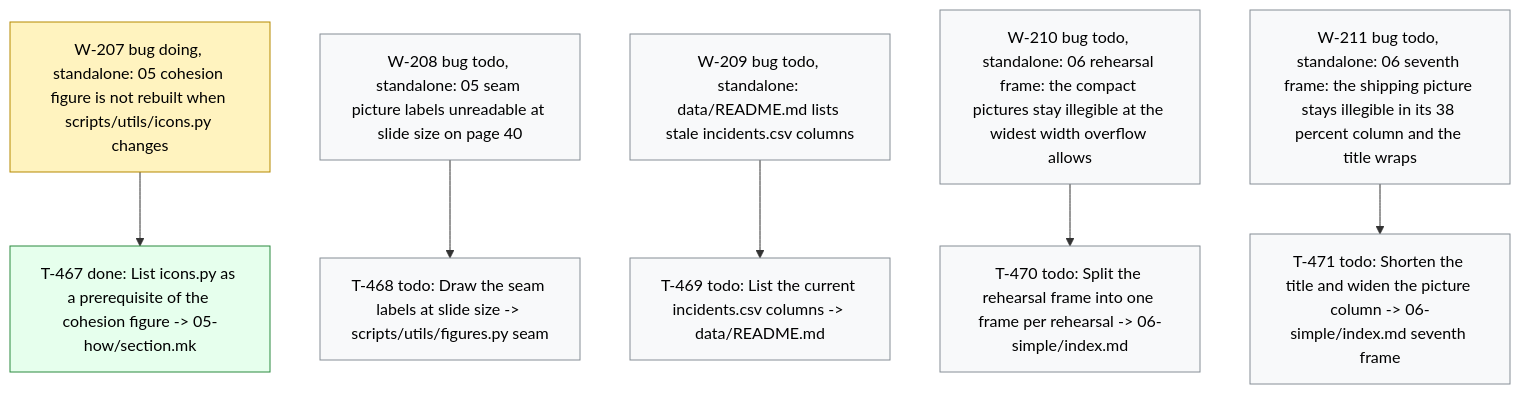
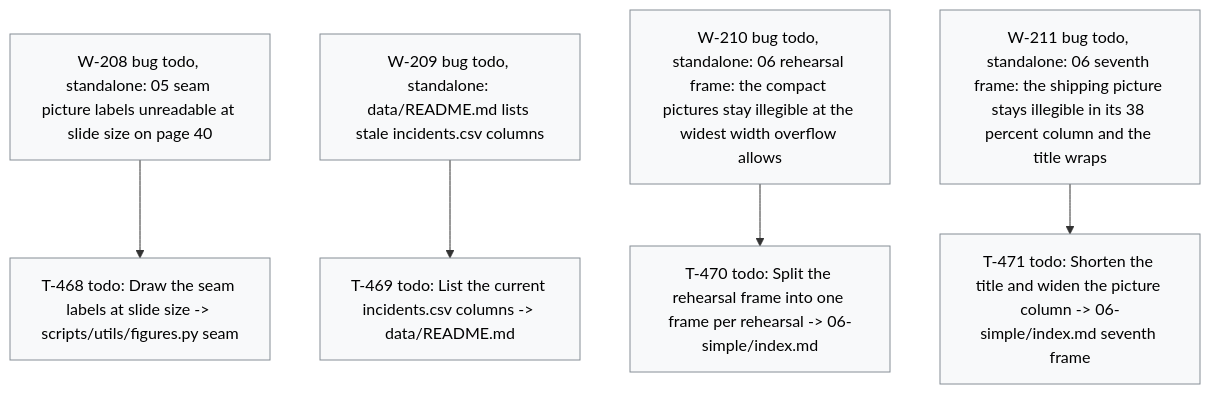
The diagram in .board/BOARD.md (dpopchev/chaos-to-simple), drawn with Mermaid before and after one commit. The commit also changed other lines of this file and 3 other files, not shown here.

````diff
--- a/.board/BOARD.md
+++ b/.board/BOARD.md
@@ -1224,21 +1229,17 @@
 ```mermaid
 flowchart TD
-  W207["W-207 bug doing, standalone: 05 cohesion figure is not rebuilt when scripts/utils/icons.py changes"]
-  W207 --> T467["T-467 done: List icons.py as a prerequisite of the cohesion figure -> 05-how/section.mk"]
   W208["W-208 bug todo, standalone: 05 seam picture labels unreadable at slide size on page 40"]
   W208 --> T468["T-468 todo: Draw the seam labels at slide size -> scripts/utils/figures.py seam"]
   W209["W-209 bug todo, standalone: data/README.md lists stale incidents.csv columns"]
   W209 --> T469["T-469 todo: List the current incidents.csv columns -> data/README.md"]
   W210["W-210 bug todo, standalone: 06 rehearsal frame: the compact pictures stay illegible at the widest width overflow allows"]
   W210 --> T470["T-470 todo: Split the rehearsal frame into one frame per rehearsal -> 06-simple/index.md"]
   W211["W-211 bug todo, standalone: 06 seventh frame: the shipping picture stays illegible in its 38 percent column and the title wraps"]
   W211 --> T471["T-471 todo: Shorten the title and widen the picture column -> 06-simple/index.md seventh frame"]
   classDef doing fill:#fff3bf,stroke:#b58900,color:#000;
   classDef blocked fill:#ffe3e3,stroke:#c92a2a,color:#000;
   classDef done fill:#e6ffed,stroke:#2b8a3e,color:#000;
   classDef todo fill:#f8f9fa,stroke:#868e96,color:#000;
   classDef pruned fill:#f1f3f5,stroke:#adb5bd,color:#000;
-  class W207 doing
-  class T467 done
   class W208,T468,W209,T469,W210,T470,W211,T471 todo
 ```
````
